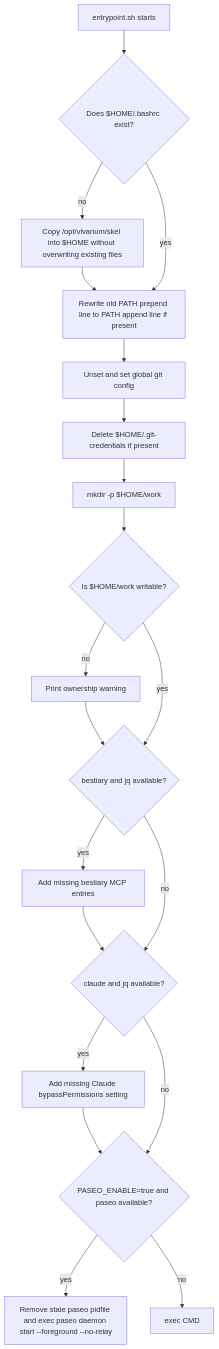
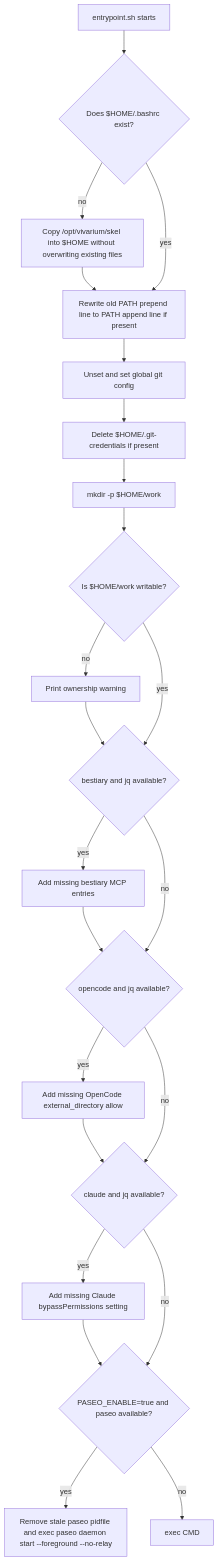
The third of 5 diagrams in DOCS.md (blackhat-7/vivarium), drawn with Mermaid before and after one commit. The commit also changed other lines of this file and 3 other files, not shown here.

Commit message:
feat: auto-add missing OpenCode external_directory permission in entrypoint

````diff
--- a/DOCS.md
+++ b/DOCS.md
@@ -141,32 +141,36 @@
 ```mermaid
 flowchart TD
   start[entrypoint.sh starts]
   bashrc{Does $HOME/.bashrc exist?}
   copy[Copy /opt/vivarium/skel into $HOME without overwriting existing files]
   migrate[Rewrite old PATH prepend line to PATH append line if present]
   gitcfg[Unset and set global git config]
   creds[Delete $HOME/.git-credentials if present]
   work[mkdir -p $HOME/work]
   writable{Is $HOME/work writable?}
   warn[Print ownership warning]
   bestiary{bestiary and jq available?}
   mcp[Add missing bestiary MCP entries]
+  opencode{opencode and jq available?}
+  external[Add missing OpenCode external_directory allow]
   claude{claude and jq available?}
   bypass[Add missing Claude bypassPermissions setting]
   paseo{PASEO_ENABLE=true and paseo available?}
   startpaseo[Remove stale paseo pidfile and exec paseo daemon start --foreground --no-relay]
   exec[exec CMD]
 
   start --> bashrc
   bashrc -->|no| copy --> migrate
   bashrc -->|yes| migrate
   migrate --> gitcfg --> creds --> work --> writable
   writable -->|no| warn --> bestiary
   writable -->|yes| bestiary
-  bestiary -->|yes| mcp --> claude
-  bestiary -->|no| claude
+  bestiary -->|yes| mcp --> opencode
+  bestiary -->|no| opencode
+  opencode -->|yes| external --> claude
+  opencode -->|no| claude
   claude -->|yes| bypass --> paseo
   claude -->|no| paseo
   paseo -->|yes| startpaseo
   paseo -->|no| exec
 ```
````
